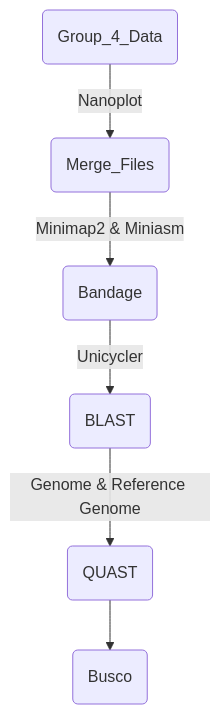
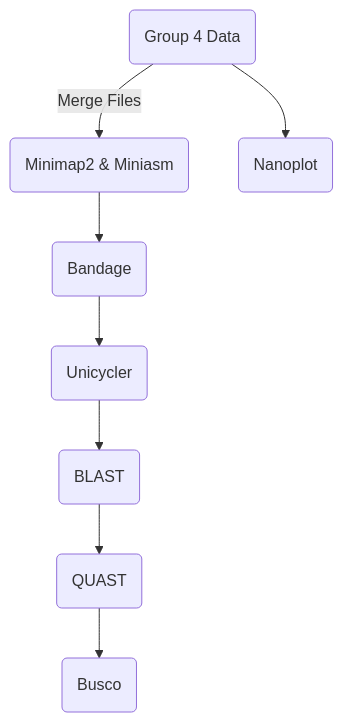
The diagram in README.md (mzywj2/Project-1---Group-4-Genome-Assembly), drawn with Mermaid before and after one commit.

````diff
--- a/README.md
+++ b/README.md
@@ -297,9 +297,11 @@
 ```mermaid
 graph TD;
-A(Group_4_Data)-->|Nanoplot|B(Merge_Files);
-    B-->|Minimap2 & Miniasm|C(Bandage);
-    C-->|Unicycler|D(BLAST);
-    D-->|Genome & Reference Genome|E(QUAST);
-    E-->F(Busco);
+A(Group 4 Data)-->|Merge Files|B(Minimap2 & Miniasm);
+    B-->C(Bandage);
+    C-->D(Unicycler);
+    D-->E(BLAST);
+    E-->F(QUAST);
+    F-->G(Busco);
+    A-->H(Nanoplot);
 
 ```
````
